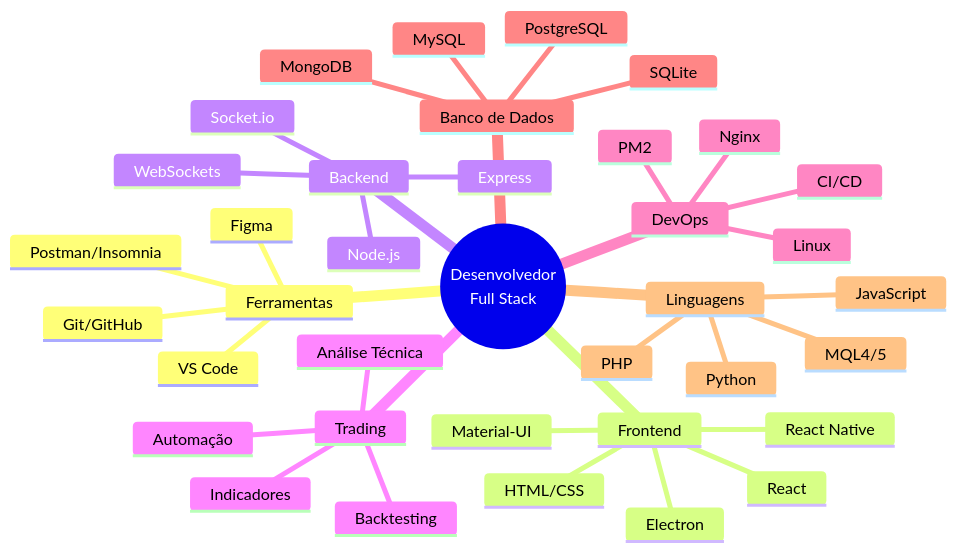
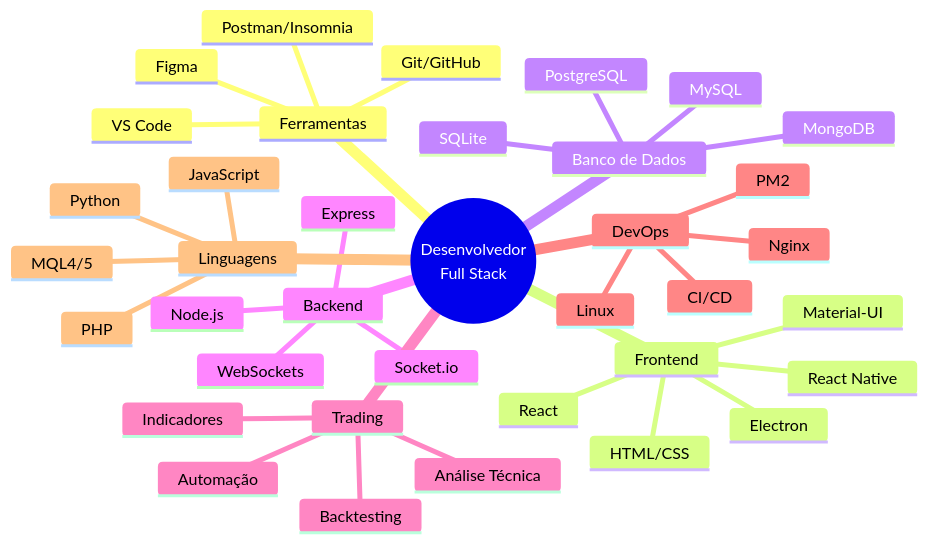
One commit to AlesonPungirum/AlesonPungirum changed the first of 4 diagrams in README.md. Above: the diagram before and after it, drawn with Mermaid. The commit also changed other lines of this file, not shown here.

````diff
--- a/README.md
+++ b/README.md
@@ -38,40 +38,40 @@
 ```mermaid
 mindmap
   root((Desenvolvedor<br/>Full Stack))
     Ferramentas
+      Git/GitHub
       VS Code
-      Git/GitHub
       Postman/Insomnia
       Figma
     Frontend
       React
-      React Native
       HTML/CSS
       Material-UI
+      React Native
       Electron
+    Banco de Dados
+      MongoDB
+      MySQL
+      PostgreSQL
+      SQLite
     Backend
       Node.js
       Socket.io
       Express
       WebSockets
     Trading
+      Automação
       Análise Técnica
       Indicadores
       Backtesting
-      Automação
     DevOps
+      PM2
       Linux
       Nginx
-      PM2
       CI/CD
-    Banco de Dados
-      MySQL
-      MongoDB
-      PostgreSQL
-      SQLite
     Linguagens
+      MQL4/5
       JavaScript
       Python
       PHP
-      MQL4/5
 ```
````
